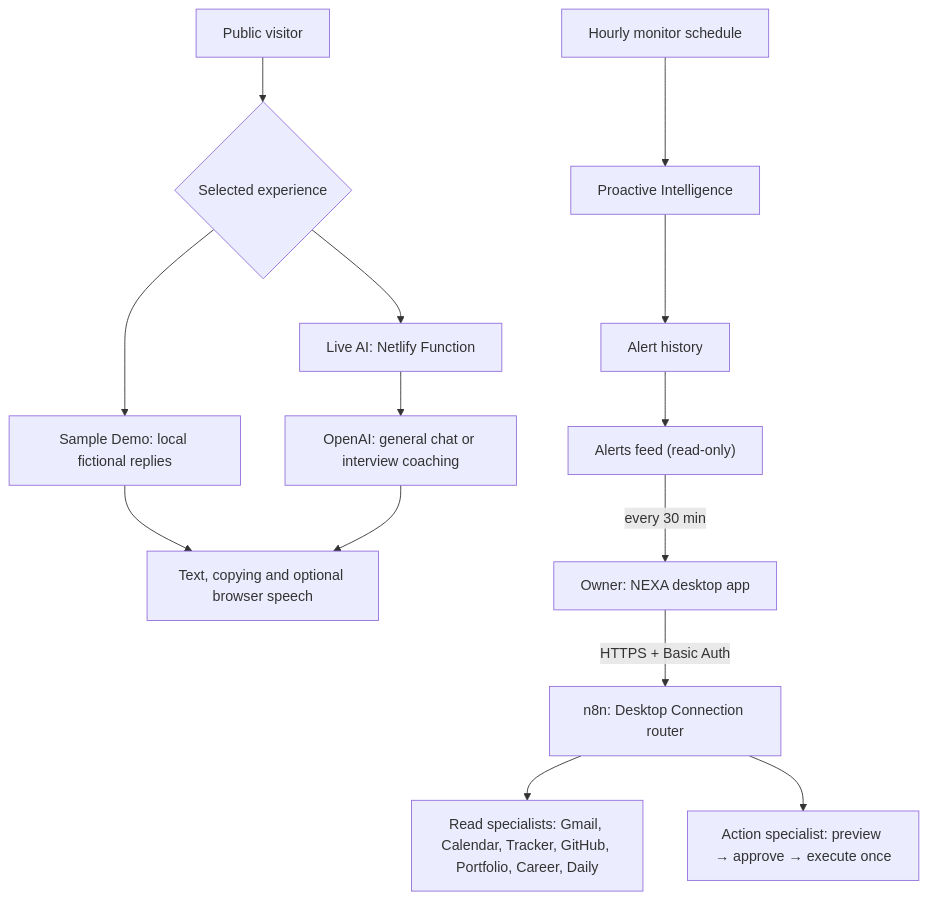
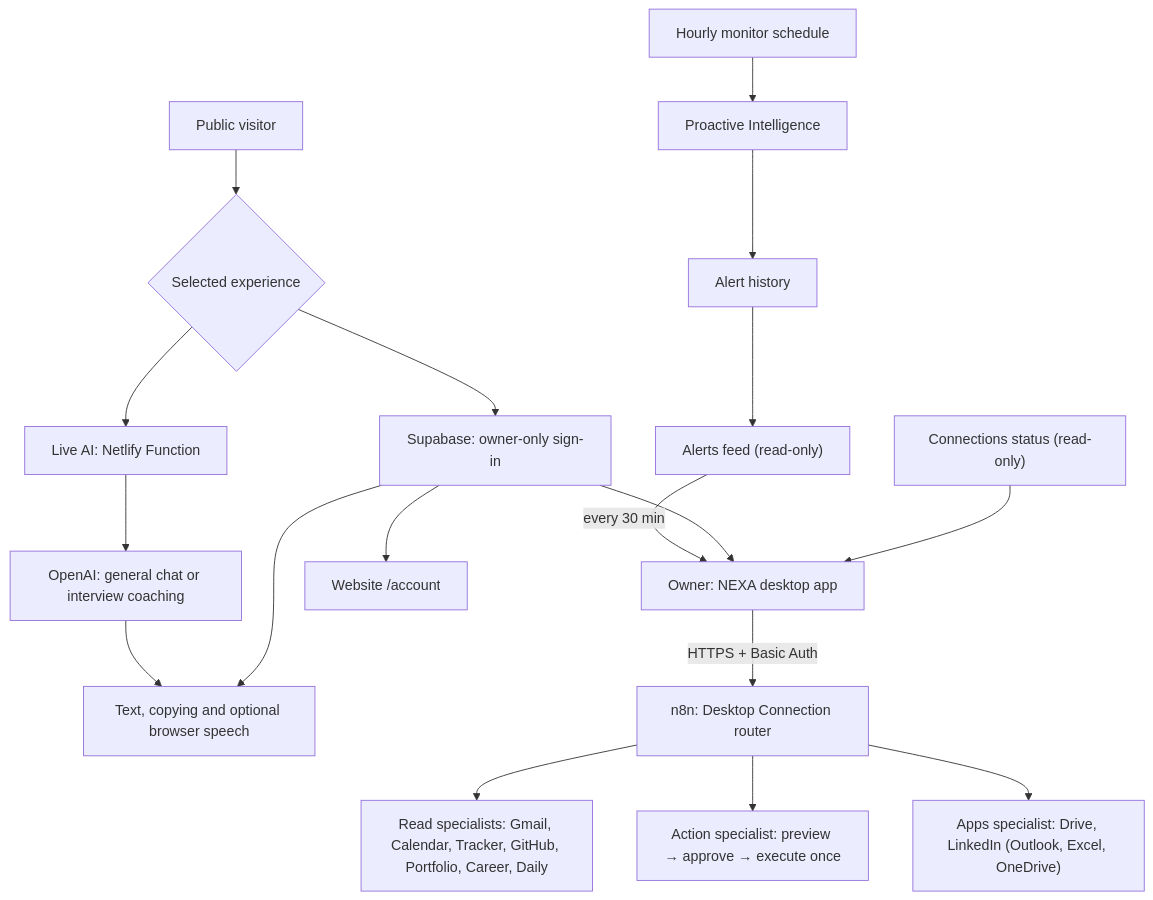
Before and after one commit to yasmeenmh90-beep/nexa-ai-operations-assistant: the diagram in README.md, drawn with Mermaid. The commit also changed other lines of this file and 3 other files, not shown here.

First line of the commit message:
Document owner sign-in, connected apps, Drive and LinkedIn agents

````diff
--- a/README.md
+++ b/README.md
@@ -111,14 +116,18 @@
 ```mermaid
 flowchart TD
     V["Public visitor"] --> M{"Selected experience"}
     M --> S["Sample Demo: local fictional replies"]
     M --> F["Live AI: Netlify Function"]
     F --> A["OpenAI: general chat or interview coaching"]
     S --> R["Text, copying and optional browser speech"]
     A --> R
     D["Owner: NEXA desktop app"] -->|"HTTPS + Basic Auth"| N["n8n: Desktop Connection router"]
     N --> W["Read specialists: Gmail, Calendar, Tracker, GitHub, Portfolio, Career, Daily"]
     N --> X["Action specialist: preview → approve → execute once"]
+    N --> Y["Apps specialist: Drive, LinkedIn (Outlook, Excel, OneDrive)"]
+    C["Connections status (read-only)"] --> D
+    S["Supabase: owner-only sign-in"] --> D
+    S --> V2["Website /account"]
     P["Hourly monitor schedule"] --> Q["Proactive Intelligence"] --> H["Alert history"]
     H --> E["Alerts feed (read-only)"] -->|"every 30 min"| D
 ```
````
